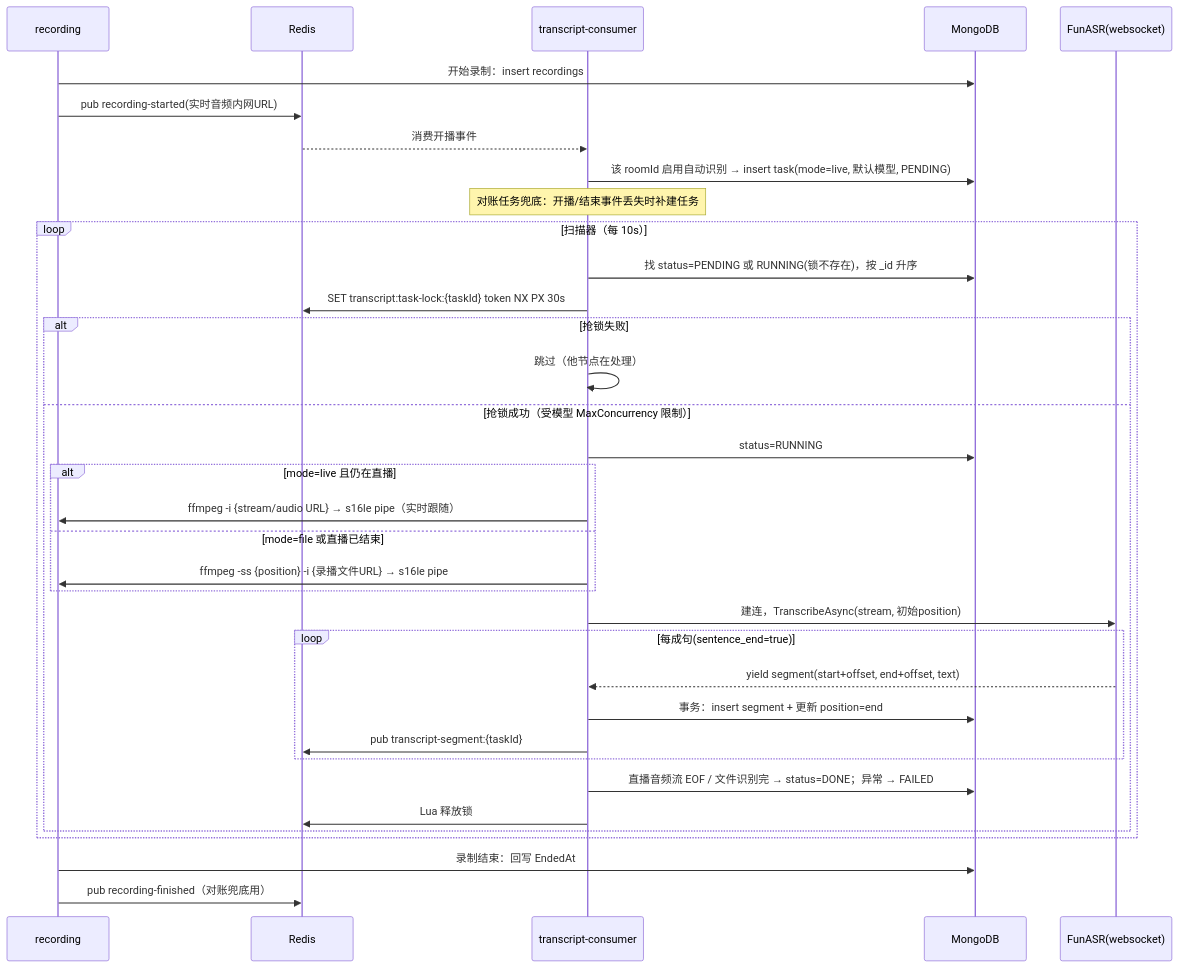
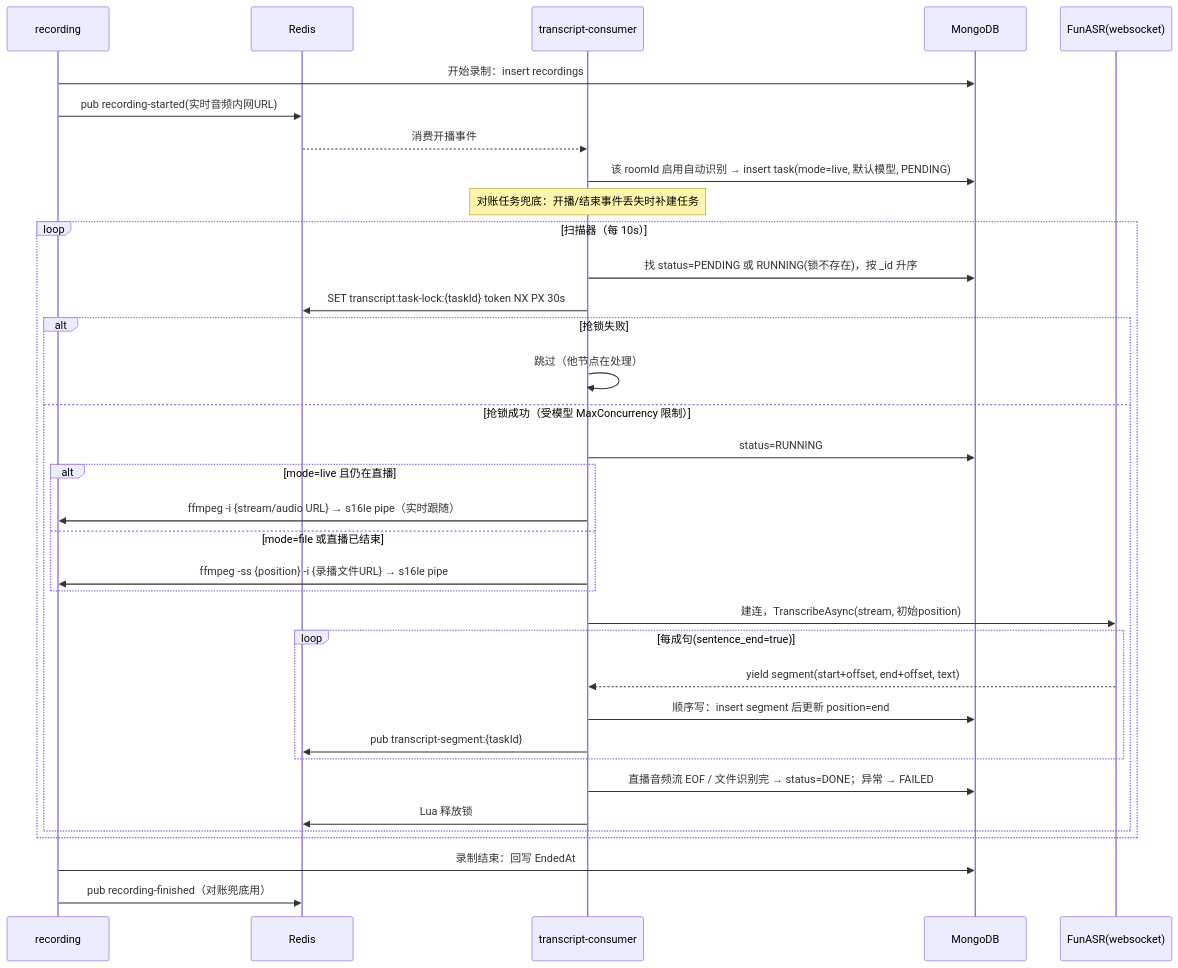
Before and after one commit to Deliay/z-vtuber: the second of 2 diagrams in docs/engineering/proposals/20260916-proposal-recording-transcript.md, drawn with Mermaid. The commit also changed other lines of this file and 18 other files, not shown here.

````diff
--- a/docs/engineering/proposals/20260916-proposal-recording-transcript.md
+++ b/docs/engineering/proposals/20260916-proposal-recording-transcript.md
@@ -304,38 +304,38 @@
 ```mermaid
 sequenceDiagram
     participant REC as recording
     participant R as Redis
     participant C as transcript-consumer
     participant M as MongoDB
     participant A as FunASR(websocket)
 
     REC->>M: 开始录制：insert recordings
     REC->>R: pub recording-started(实时音频内网URL)
     R-->>C: 消费开播事件
     C->>M: 该 roomId 启用自动识别 → insert task(mode=live, 默认模型, PENDING)
     Note over C: 对账任务兜底：开播/结束事件丢失时补建任务
     loop 扫描器（每 10s）
         C->>M: 找 status=PENDING 或 RUNNING(锁不存在)，按 _id 升序
         C->>R: SET transcript:task-lock:{taskId} token NX PX 30s
         alt 抢锁失败
             C->>C: 跳过（他节点在处理）
         else 抢锁成功（受模型 MaxConcurrency 限制）
             C->>M: status=RUNNING
             alt mode=live 且仍在直播
                 C->>REC: ffmpeg -i {stream/audio URL} → s16le pipe（实时跟随）
             else mode=file 或直播已结束
                 C->>REC: ffmpeg -ss {position} -i {录播文件URL} → s16le pipe
             end
             C->>A: 建连，TranscribeAsync(stream, 初始position)
             loop 每成句(sentence_end=true)
                 A-->>C: yield segment(start+offset, end+offset, text)
-                C->>M: 事务：insert segment + 更新 position=end
+                C->>M: 顺序写：insert segment 后更新 position=end
                 C->>R: pub transcript-segment:{taskId}
             end
             C->>M: 直播音频流 EOF / 文件识别完 → status=DONE；异常 → FAILED
             C->>R: Lua 释放锁
         end
     end
     REC->>M: 录制结束：回写 EndedAt
     REC->>R: pub recording-finished（对账兜底用）
 ```
````
